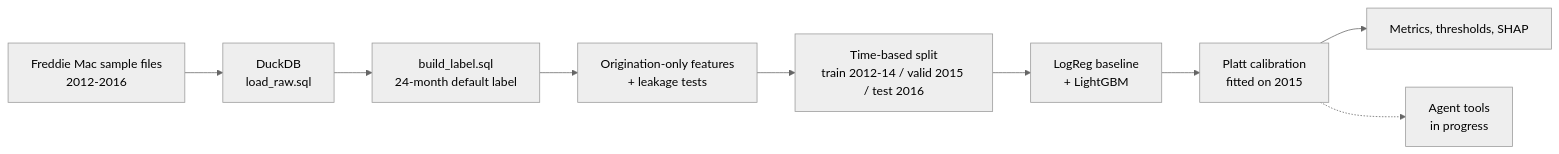
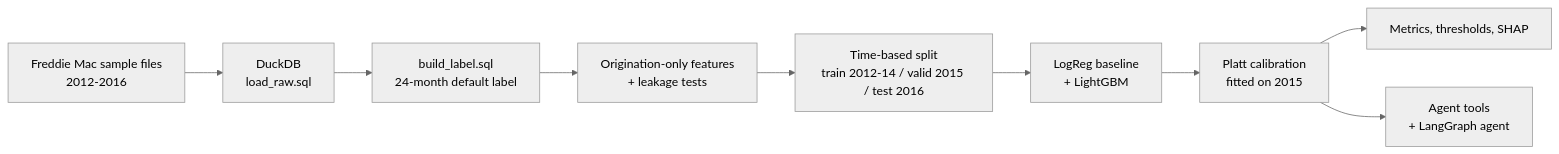
One commit to Loya-ar/credit-risk-agent changed the diagram in README.md. Above: the diagram before and after it, drawn with Mermaid (neutral theme). The commit also changed other lines of this file, not shown here.

First line of the commit message:
docs: report only verified agent results; note temperature and gate limits

````diff
--- a/README.md
+++ b/README.md
@@ -28,11 +28,11 @@
 ```mermaid
 flowchart LR
     A[Freddie Mac sample files<br/>2012-2016] --> B[DuckDB<br/>load_raw.sql]
     B --> C[build_label.sql<br/>24-month default label]
     C --> D[Origination-only features<br/>+ leakage tests]
     D --> E[Time-based split<br/>train 2012-14 / valid 2015 / test 2016]
     E --> F[LogReg baseline<br/>+ LightGBM]
     F --> G[Platt calibration<br/>fitted on 2015]
     G --> H[Metrics, thresholds, SHAP]
-    G -.-> I[Agent tools<br/>in progress]
+    G --> I[Agent tools<br/>+ LangGraph agent]
 ```
````
